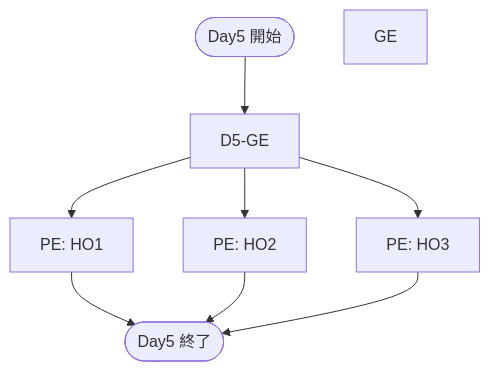
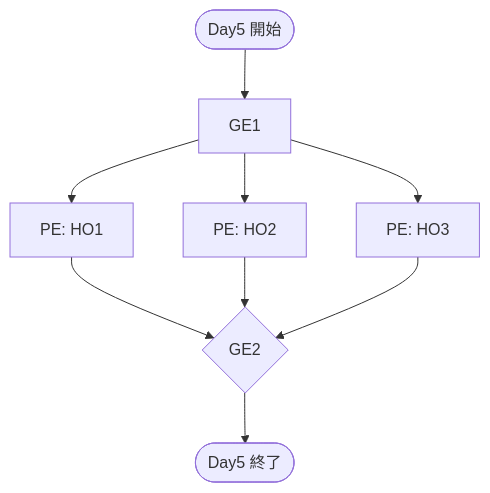
The fifth of 5 diagrams in specs/routing.md (KarasuTatehi/last-resort-disturbance), drawn with Mermaid before and after one commit. The commit also changed other lines of this file, not shown here.

Commit message:
specs/routing.md updated from https://stackedit.io/

````diff
--- a/specs/routing.md
+++ b/specs/routing.md
@@ -135,14 +135,17 @@
 ```mermaid
 flowchart TD
 D5S([Day5 開始])
-D5-GE1["GE"]
+D5-GE1["GE1"]
 D5-PE-HO1["PE: HO1"]
 D5-PE-HO2["PE: HO2"]
 D5-PE-HO3["PE: HO3"]
+D5-GE2{"GE2"}
+
 D5E([Day5 終了])
 
 D5S -->
-D5-GE -->
+D5-GE1 -->
 D5-PE-HO1 & D5-PE-HO2 & D5-PE-HO3 -->
+D5-GE2 -->
 D5E
 ```
````
